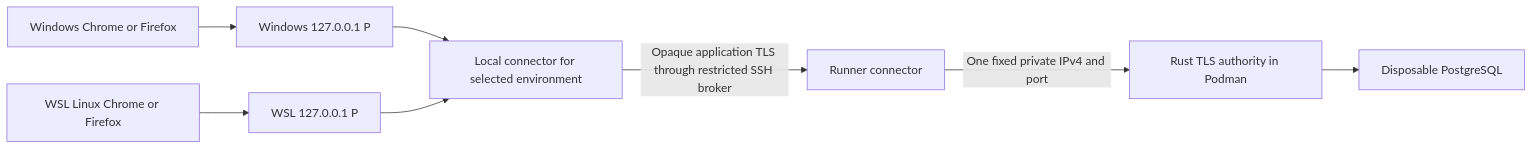
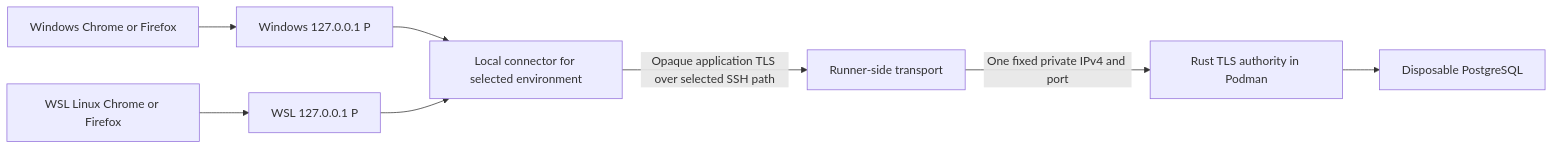
One commit to MrQuality/kehila changed the diagram in docs/architecture/ADR-110-hosted-verification-testbench.md. Above: the diagram before and after it, drawn with Mermaid. The commit also changed other lines of this file and 3 other files, not shown here.

````diff
--- a/docs/architecture/ADR-110-hosted-verification-testbench.md
+++ b/docs/architecture/ADR-110-hosted-verification-testbench.md
@@ -80,10 +82,10 @@
 ```mermaid
 flowchart LR
     W[Windows Chrome or Firefox] --> WL[Windows 127.0.0.1 P]
     L[WSL Linux Chrome or Firefox] --> LL[WSL 127.0.0.1 P]
     WL --> C[Local connector for selected environment]
     LL --> C
-    C -->|Opaque application TLS through restricted SSH broker| R[Runner connector]
+    C -->|Opaque application TLS over selected SSH path| R[Runner-side transport]
     R -->|One fixed private IPv4 and port| A[Rust TLS authority in Podman]
     A --> D[Disposable PostgreSQL]
 ```
````
